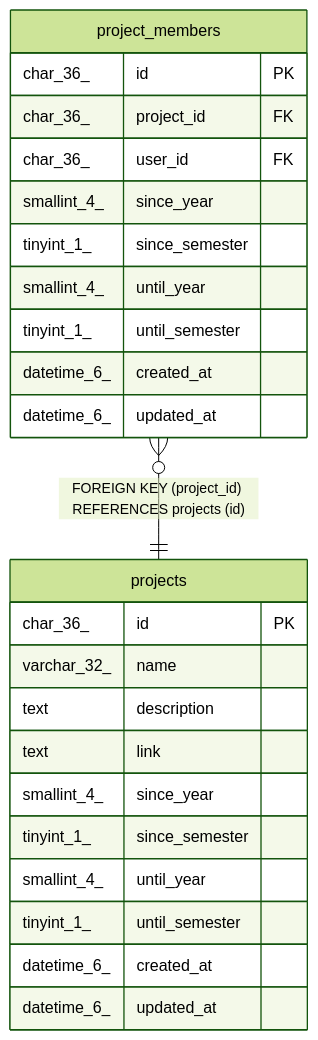
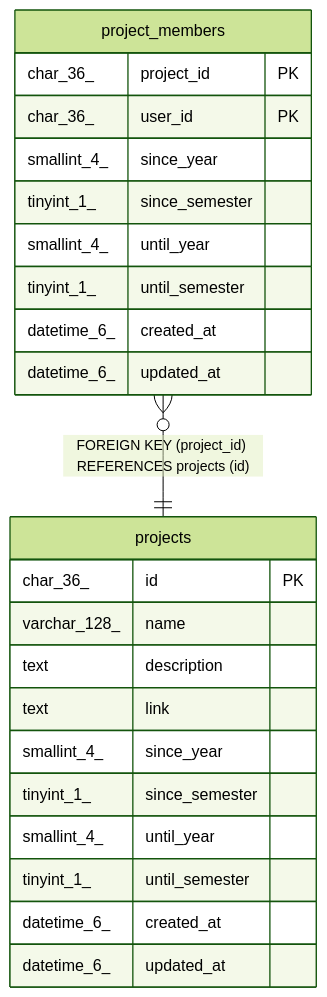
One commit to traPtitech/traPortfolio changed the diagram in docs/dbschema/projects.md. Above: the diagram before and after it, drawn with Mermaid (forest theme). The commit also changed other lines of this file and 7 other files, not shown here.

````diff
--- a/docs/dbschema/projects.md
+++ b/docs/dbschema/projects.md
@@ -57,29 +57,28 @@
 ```mermaid
 erDiagram
 
 "project_members" }o--|| "projects" : "FOREIGN KEY (project_id) REFERENCES projects (id)"
 
 "projects" {
   char_36_ id PK
-  varchar_32_ name
+  varchar_128_ name
   text description
   text link
   smallint_4_ since_year
   tinyint_1_ since_semester
   smallint_4_ until_year
   tinyint_1_ until_semester
   datetime_6_ created_at
   datetime_6_ updated_at
 }
 "project_members" {
-  char_36_ id PK
-  char_36_ project_id FK
-  char_36_ user_id FK
+  char_36_ project_id PK
+  char_36_ user_id PK
   smallint_4_ since_year
   tinyint_1_ since_semester
   smallint_4_ until_year
   tinyint_1_ until_semester
   datetime_6_ created_at
   datetime_6_ updated_at
 }
 ```
````
